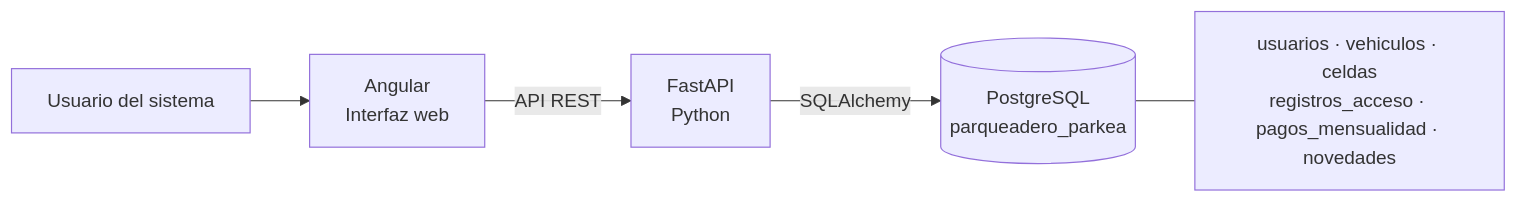
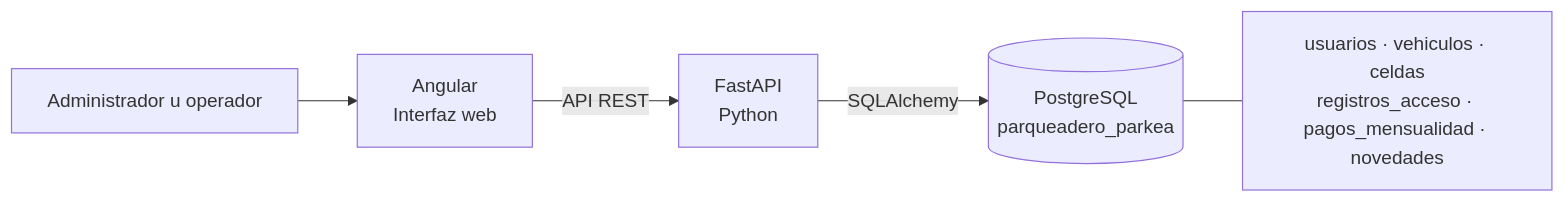
The first of 2 diagrams in README.md (jdcpa1978-IUD/parkea), drawn with Mermaid before and after one commit. The commit also changed other lines of this file and 32 other files, not shown here.

````diff
--- a/README.md
+++ b/README.md
@@ -21,7 +21,7 @@
 ```mermaid
 flowchart LR
-    Cliente[Usuario del sistema] --> Frontend[Angular<br/>Interfaz web]
+    Cliente[Administrador u operador] --> Frontend[Angular<br/>Interfaz web]
     Frontend -->|API REST| Backend[FastAPI<br/>Python]
     Backend -->|SQLAlchemy| Database[(PostgreSQL<br/>parqueadero_parkea)]
     Database --- Tables[usuarios · vehiculos · celdas<br/>registros_acceso · pagos_mensualidad · novedades]
 ```
````
